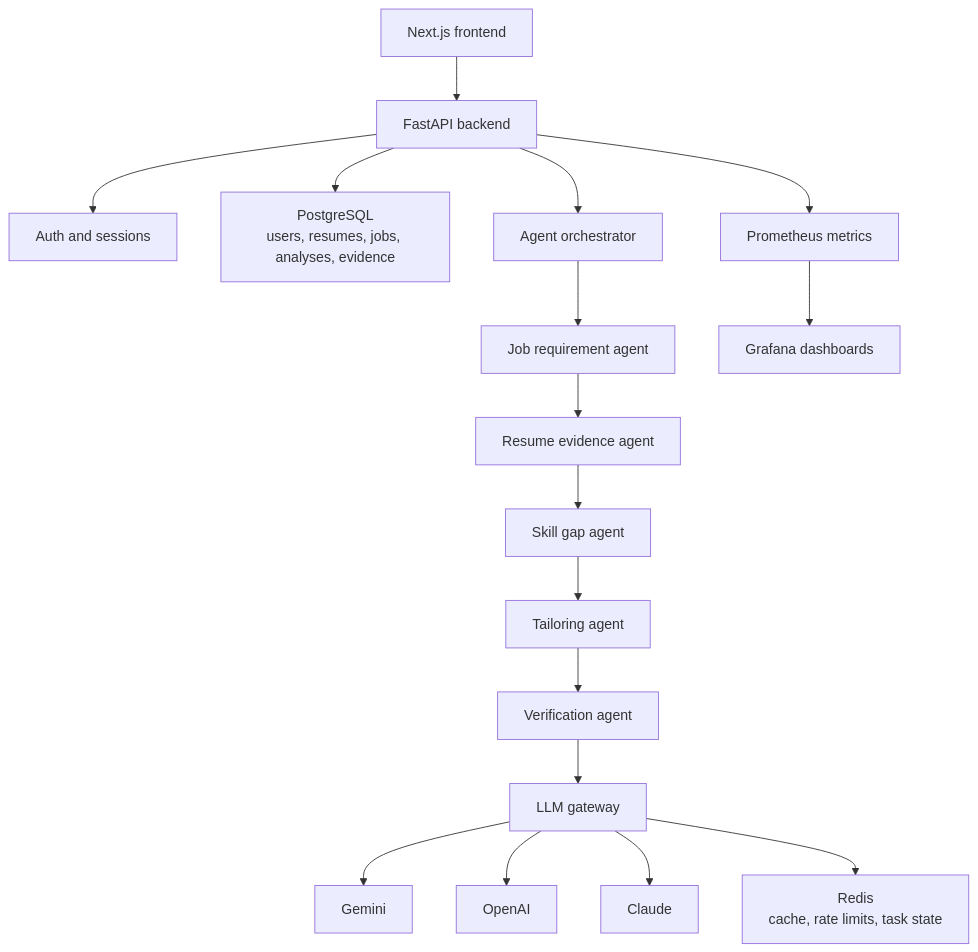
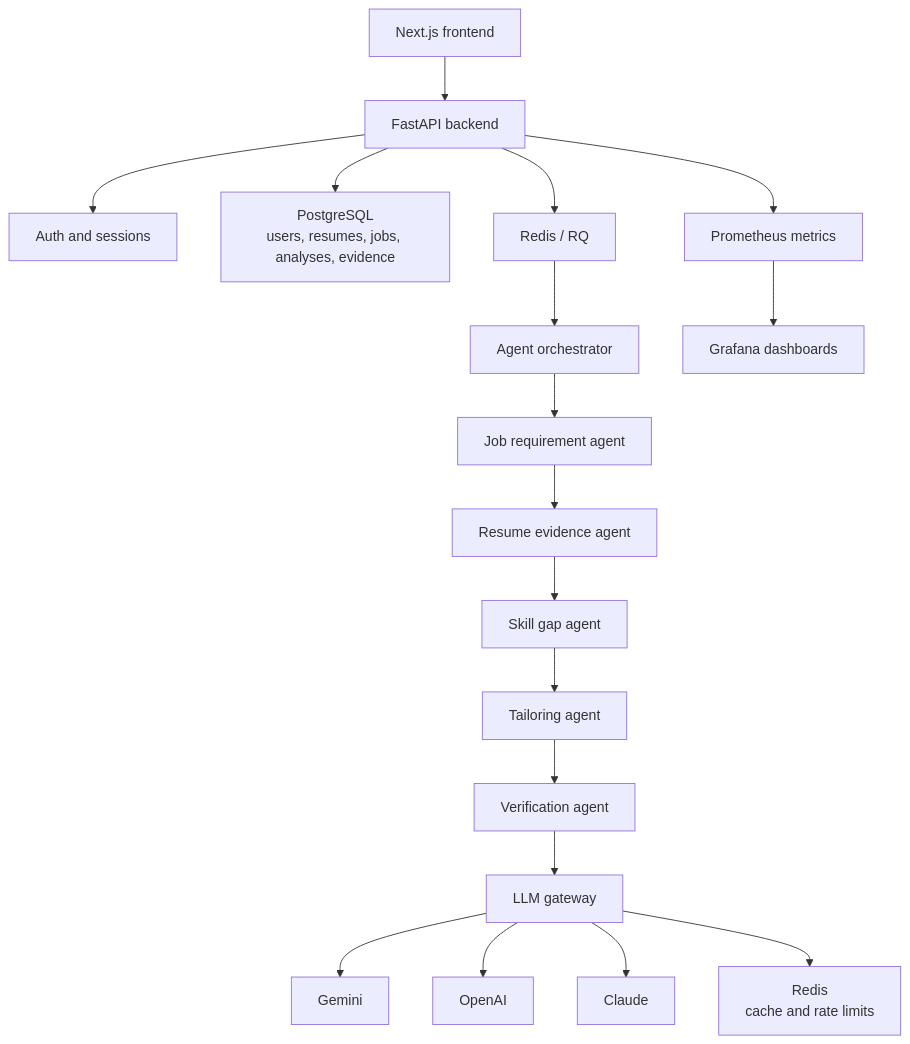
The second of 2 diagrams in docs/architecture.md (Sarthak2661/Truthfit-Resume-AI), drawn with Mermaid before and after one commit. The commit also changed other lines of this file and 24 other files, not shown here.

````diff
--- a/docs/architecture.md
+++ b/docs/architecture.md
@@ -45,19 +48,20 @@
 ```mermaid
 flowchart TB
     web["Next.js frontend"] --> api["FastAPI backend"]
     api --> auth["Auth and sessions"]
     api --> db["PostgreSQL<br>users, resumes, jobs, analyses, evidence"]
-    api --> orchestrator["Agent orchestrator"]
+    api --> queue["Redis / RQ"]
+    queue --> orchestrator["Agent orchestrator"]
     orchestrator --> job_agent["Job requirement agent"]
     job_agent --> evidence_agent["Resume evidence agent"]
     evidence_agent --> gap_agent["Skill gap agent"]
     gap_agent --> tailor_agent["Tailoring agent"]
     tailor_agent --> verify_agent["Verification agent"]
     verify_agent --> gateway["LLM gateway"]
     gateway --> gemini["Gemini"]
     gateway --> openai["OpenAI"]
     gateway --> claude["Claude"]
-    gateway --> redis["Redis<br>cache, rate limits, task state"]
+    gateway --> redis["Redis<br>cache and rate limits"]
     api --> metrics["Prometheus metrics"]
     metrics --> grafana["Grafana dashboards"]
 ```
````
